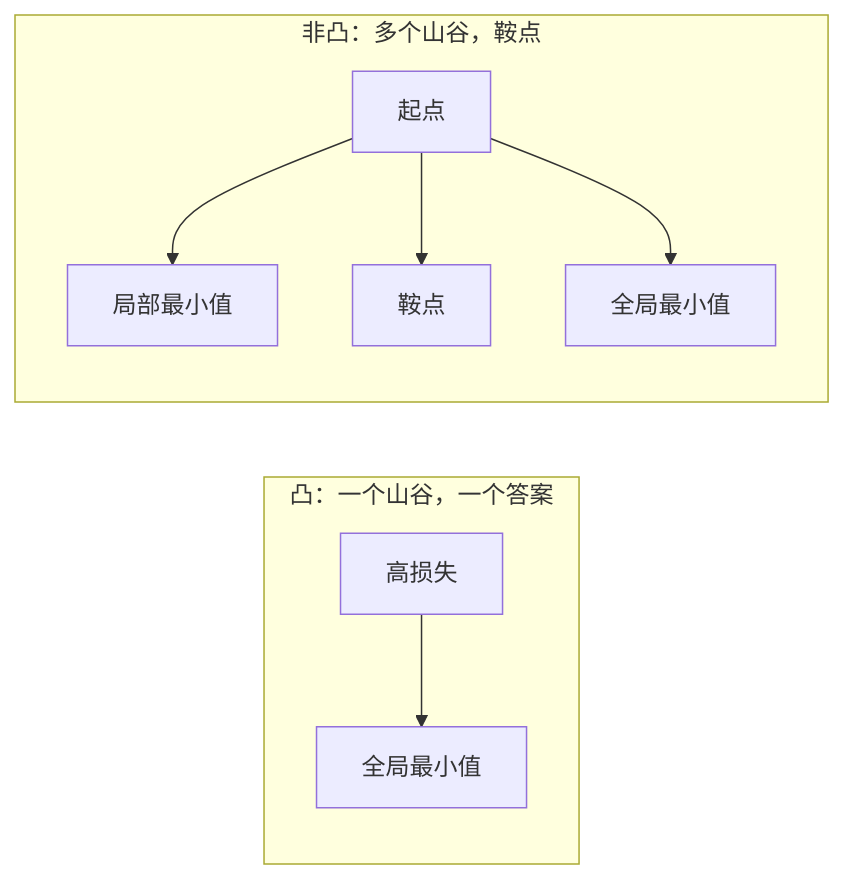
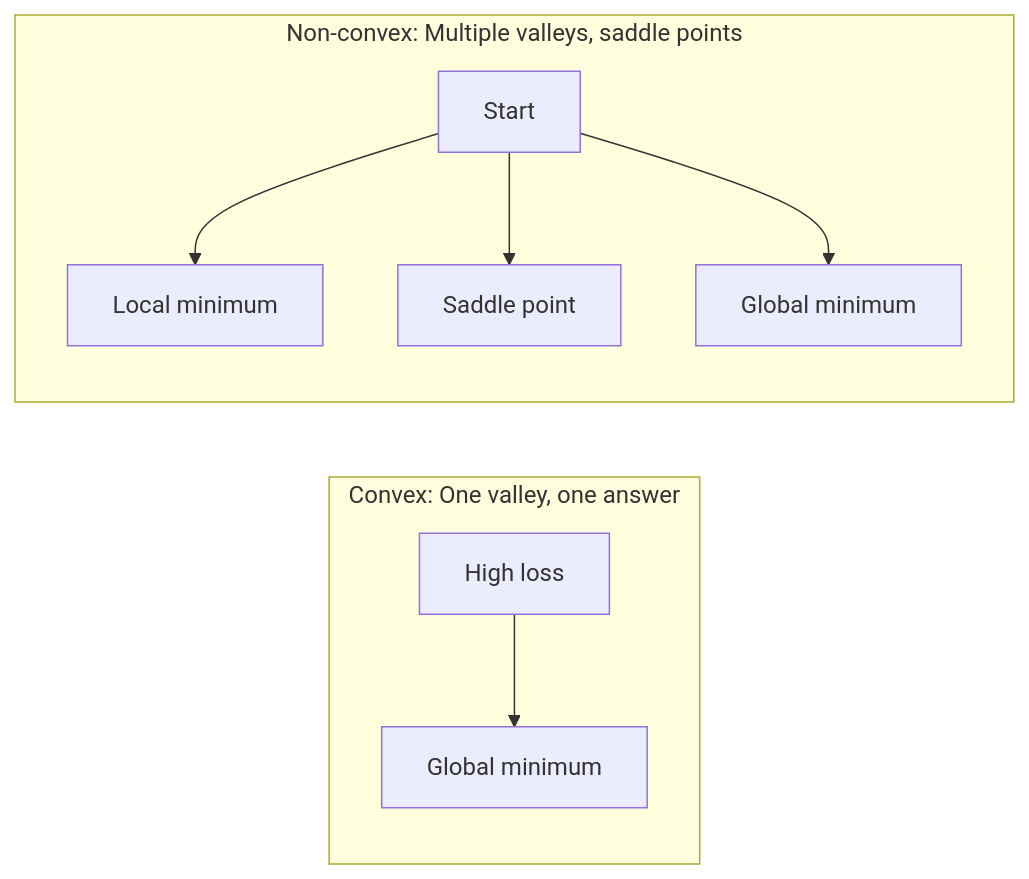
The fourth of 5 diagrams in i18n/zh/phases/01-math-foundations/08-optimization/docs/zh.md (xiaojiaenen/ai-engineering-from-scratch-zh), drawn with Mermaid before and after one commit. The commit also changed other lines of this file and 22 other files, not shown here.

````diff
--- a/i18n/zh/phases/01-math-foundations/08-optimization/docs/zh.md
+++ b/i18n/zh/phases/01-math-foundations/08-optimization/docs/zh.md
@@ -163,13 +163,13 @@
 ```mermaid
 graph LR
-    subgraph 凸["凸：一个山谷，一个答案"]
+    subgraph Convex["Convex: One valley, one answer"]
         direction TB
-        CV1["高损失"] --> CV2["全局最小值"]
+        CV1["High loss"] --> CV2["Global minimum"]
     end
-    subgraph 非凸["非凸：多个山谷，鞍点"]
+    subgraph NonConvex["Non-convex: Multiple valleys, saddle points"]
         direction TB
-        NC1["起点"] --> NC2["局部最小值"]
-        NC1 --> NC3["鞍点"]
-        NC1 --> NC4["全局最小值"]
+        NC1["Start"] --> NC2["Local minimum"]
+        NC1 --> NC3["Saddle point"]
+        NC1 --> NC4["Global minimum"]
     end
 ```
````
